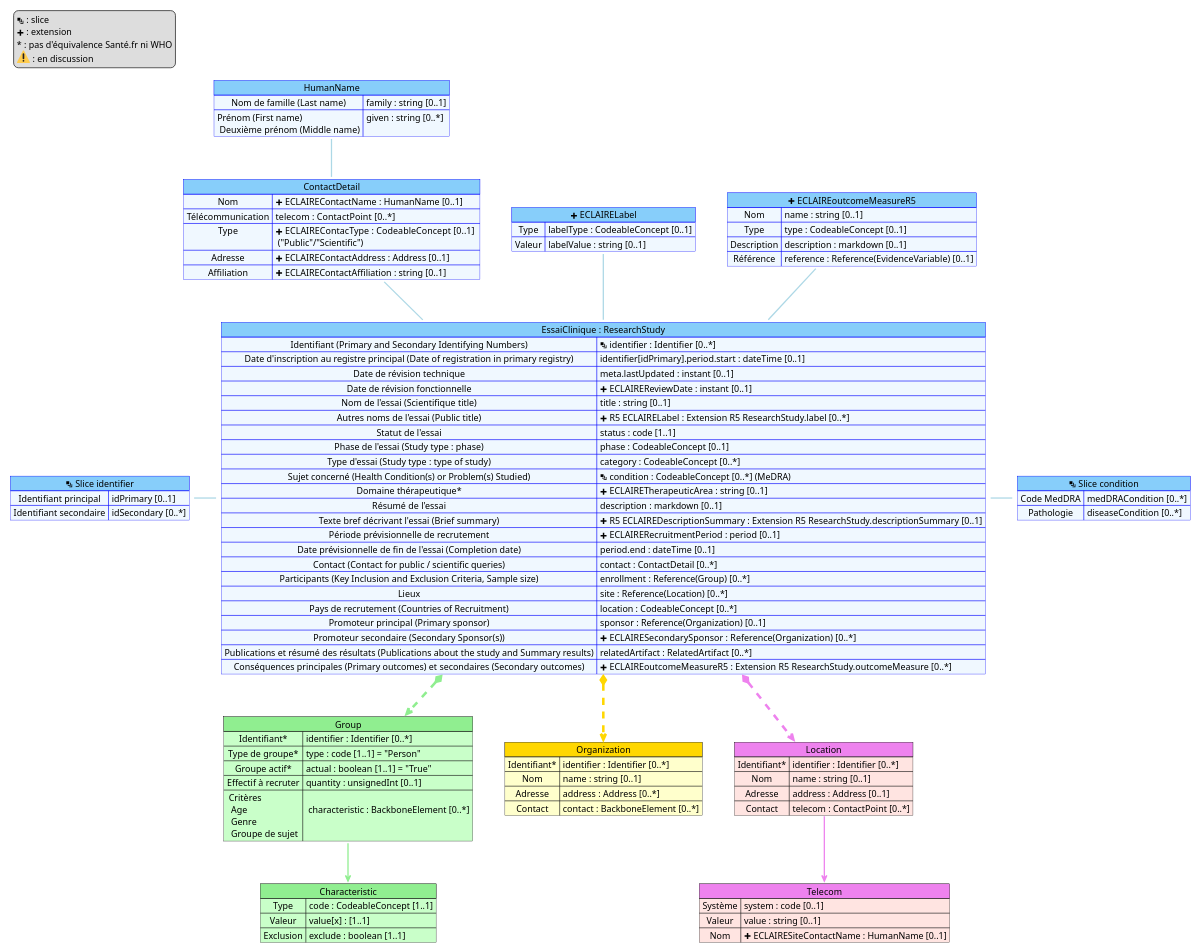
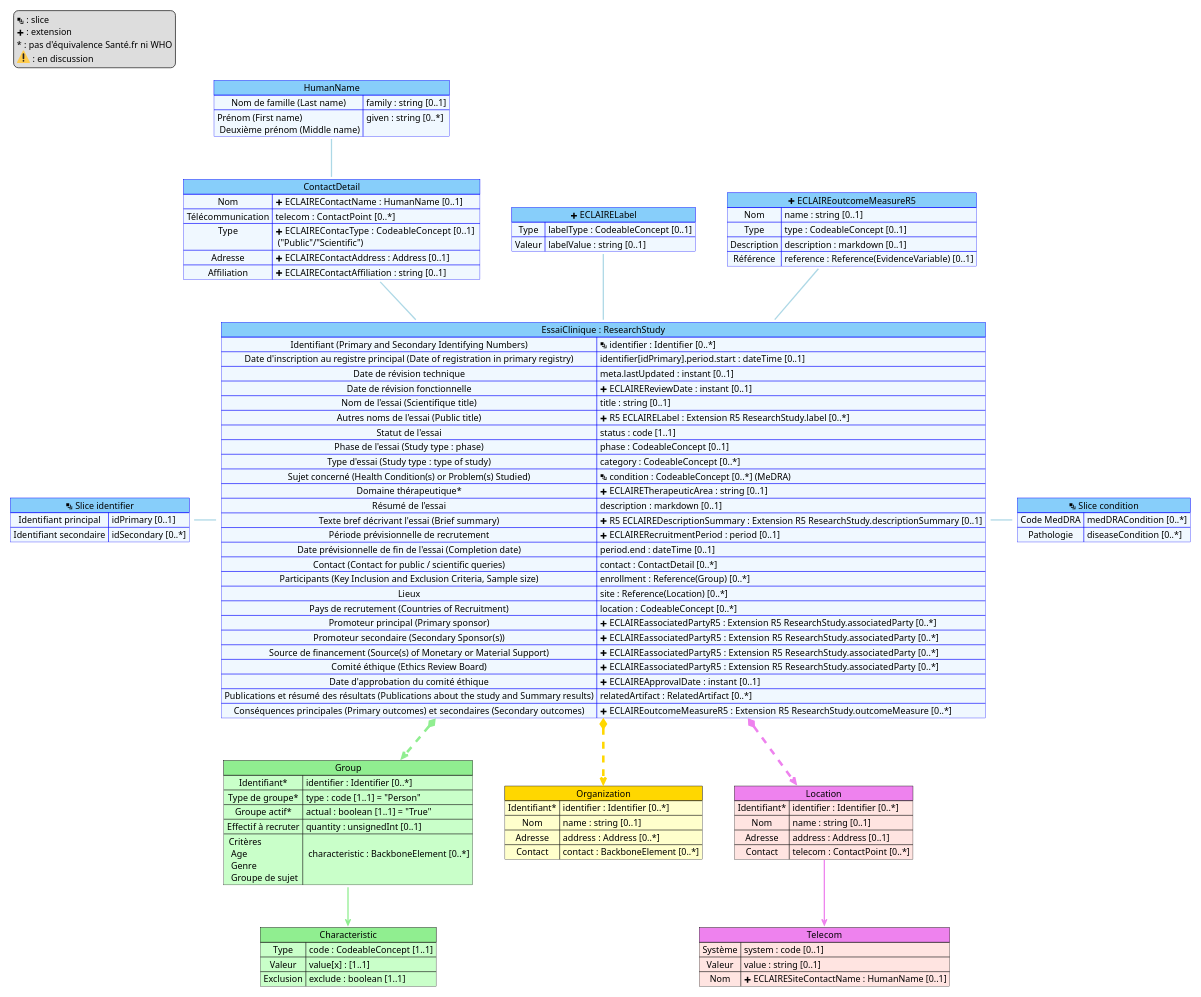
Before and after one commit to ansforge/essais-cliniques: the diagram in input/images-source/mapping.plantuml, drawn with PlantUML.

Commit message:
Maj mapping associatedParty

```diff
--- a/input/images-source/mapping.plantuml
+++ b/input/images-source/mapping.plantuml
@@ -1,126 +1,129 @@
 @startuml mapping
 
 scale 1200 width
 
 map "ContactDetail" as Contact #back:AliceBlue;header:LightSkyBlue;line:blue {
     Nom => name :  string [0..1] 
     Télécommunication => telecom :  ContactPoint [0..*]  
     Type => <&plus> ECLAIREContacType :  CodeableConcept [0..1] \n ("Public"/"Scientific")
     Adresse => <&plus> ECLAIREContactAddress : Address [0..1]
     Affiliation => <&plus> ECLAIREContactAffiliation : string [0..1]
     Nom => <&plus> ECLAIREContactName : HumanName [0..1]
 }
 
 map "HumanName" as slice_name #back:AliceBlue;header:LightSkyBlue;line:blue {
     Nom de famille (Last name) => family : string [0..1]
     Prénom (First name) \n Deuxième prénom (Middle name) => given : string [0..*]
 }
 
 map "<&layers> Slice identifier" as slice_identifier #back:AliceBlue;header:LightSkyBlue;line:blue {
     Identifiant principal => idPrimary [0..1]
     Identifiant secondaire => idSecondary [0..*]
 }
 
 map "<&layers> Slice condition" as slice_condition #back:AliceBlue;header:LightSkyBlue;line:blue {
     Code MedDRA => medDRACondition [0..*]
     Pathologie => diseaseCondition [0..*]
 }
 
 map "<&plus> ECLAIRELabel" as label #back:AliceBlue;header:LightSkyBlue;line:blue {
     Type => labelType : CodeableConcept [0..1]
     Valeur => labelValue : string [0..1]
 }
 
 map "Group" as Group #back:TECHNOLOGY;header:LightGreen {
     Identifiant* => identifier : Identifier [0..*] 
     Type de groupe* => type : code [1..1] = "Person" 
     Groupe actif* => actual : boolean [1..1] = "True"
     Effectif à recruter => quantity : unsignedInt [0..1] 
     Critères \n Age \n Genre \n Groupe de sujet => \n characteristic : BackboneElement [0..*] 
 }
 
 map "Characteristic" as Characteristic #back:TECHNOLOGY;header:LightGreen {
     Type  => code : CodeableConcept [1..1] 
     Valeur => value[x] : [1..1] 
     Exclusion => exclude : boolean [1..1] 
 }
 
 map "Organization" as Organization #back:BUSINESS;header:Gold {
     Identifiant* => identifier : Identifier [0..*] 
     Nom => name : string [0..1] 
     Adresse => address : Address [0..*] 
     Contact => contact : BackboneElement [0..*] 
 }
 
 map "Location" as Location #back:MistyRose;header:Violet {
     Identifiant* => identifier : Identifier [0..*] 
     Nom => name : string [0..1] 
     Adresse => address : Address [0..1] 
     Contact => telecom : ContactPoint [0..*]
 }
 
 map "Telecom" as Telecom #back:MistyRose;header:Violet {
     Système  => system : code [0..1] 
     Valeur => value : string [0..1] 
     Nom => <&plus> ECLAIRESiteContactName : HumanName [0..1] 
 }
 
 map "<&plus> ECLAIREoutcomeMeasureR5" as OM #back:AliceBlue;header:LightSkyBlue;line:blue {
     Nom => name : string [0..1] 
     Type => type : CodeableConcept [0..1] 
     Description => description : markdown [0..1]
     Référence => reference : Reference(EvidenceVariable) [0..1]
 }
 
 map "EssaiClinique : ResearchStudy" as RS #back:AliceBlue;header:LightSkyBlue;line:blue {
     Identifiant (Primary and Secondary Identifying Numbers) => <&layers> identifier : Identifier [0..*]
     Date d'inscription au registre principal (Date of registration in primary registry) => identifier[idPrimary].period.start : dateTime [0..1]  
     Date de révision technique => meta.lastUpdated : instant [0..1]  
     Date de révision fonctionnelle => <&plus> ECLAIREReviewDate : instant [0..1] 
     Nom de l'essai (Scientifique title) => title : string [0..1] 
     Autres noms de l'essai (Public title) => <&plus> R5 ECLAIRELabel : Extension R5 ResearchStudy.label [0..*] 
     Statut de l'essai => status : code [1..1]
     Phase de l'essai (Study type : phase) => phase : CodeableConcept [0..1] 
     Type d'essai (Study type : type of study) => category : CodeableConcept [0..*] 
     Sujet concerné (Health Condition(s) or Problem(s) Studied) => <&layers> condition : CodeableConcept [0..*] (MeDRA) 
     Domaine thérapeutique* => <&plus> ECLAIRETherapeuticArea : string [0..1] 
     Résumé de l'essai => description : markdown [0..1] 
     Texte bref décrivant l'essai (Brief summary) => <&plus> R5 ECLAIREDescriptionSummary : Extension R5 ResearchStudy.descriptionSummary [0..1]
     Période prévisionnelle de recrutement => <&plus> ECLAIRERecruitmentPeriod : period [0..1]  
     Date prévisionnelle de fin de l'essai (Completion date) => period.end : dateTime [0..1]
     Contact (Contact for public / scientific queries) => contact : ContactDetail [0..*] 
     Participants (Key Inclusion and Exclusion Criteria, Sample size) => enrollment : Reference(Group) [0..*] 
     Lieux => site : Reference(Location) [0..*] 
     Pays de recrutement (Countries of Recruitment) => location : CodeableConcept [0..*]
-    Promoteur principal (Primary sponsor) => sponsor : Reference(Organization) [0..1]  
-    Promoteur secondaire (Secondary Sponsor(s)) => <&plus> ECLAIRESecondarySponsor  : Reference(Organization) [0..*]  
+    Promoteur principal (Primary sponsor) => <&plus> ECLAIREassociatedPartyR5 : Extension R5 ResearchStudy.associatedParty [0..*] 
+    Promoteur secondaire (Secondary Sponsor(s)) => <&plus> ECLAIREassociatedPartyR5  : Extension R5 ResearchStudy.associatedParty [0..*]  
+    Source de financement (Source(s) of Monetary or Material Support) => <&plus> ECLAIREassociatedPartyR5  : Extension R5 ResearchStudy.associatedParty [0..*]
+    Comité éthique (Ethics Review Board) => <&plus> ECLAIREassociatedPartyR5  : Extension R5 ResearchStudy.associatedParty [0..*]
+    Date d'approbation du comité éthique => <&plus> ECLAIREApprovalDate : instant [0..1] 
     Publications et résumé des résultats (Publications about the study and Summary results) => relatedArtifact : RelatedArtifact [0..*]
     Conséquences principales (Primary outcomes) et secondaires (Secondary outcomes)  => <&plus> ECLAIREoutcomeMeasureR5 : Extension R5 ResearchStudy.outcomeMeasure [0..*] 
 }
 
 
 RS *-[#Violet,dashed,thickness=4]-> Location
 RS *-[#LightGreen,dashed,thickness=4]-> Group 
 RS *-[#Gold,dashed,thickness=4]-> Organization
 
 slice_identifier -[#lightBlue,thickness=2] RS
 RS -[#lightBlue,thickness=2] slice_condition
 Contact --[#lightBlue,thickness=2] RS
 label --[#lightBlue,thickness=2] RS
 slice_name --[#lightBlue,thickness=2] Contact
 OM --[#lightBlue,thickness=2] RS
 
 Group -[hidden] Organization
 
 Group::Critères --[#LightGreen,thickness=2]> Characteristic
 Location::Contact --[#Violet,thickness=2]> Telecom
 
 
 legend top left
   <&layers> : slice
   <&plus> : extension
   ~* : pas d'équivalence Santé.fr ni WHO
   <:warning:> : en discussion
 endlegend
 
 @enduml
```
